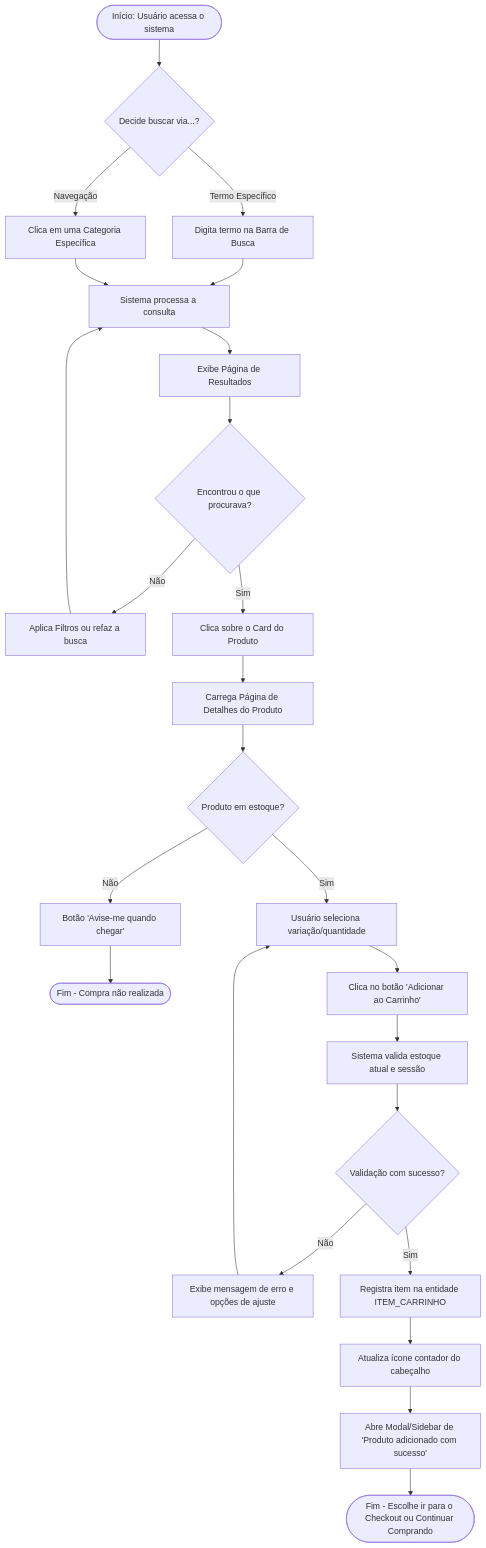
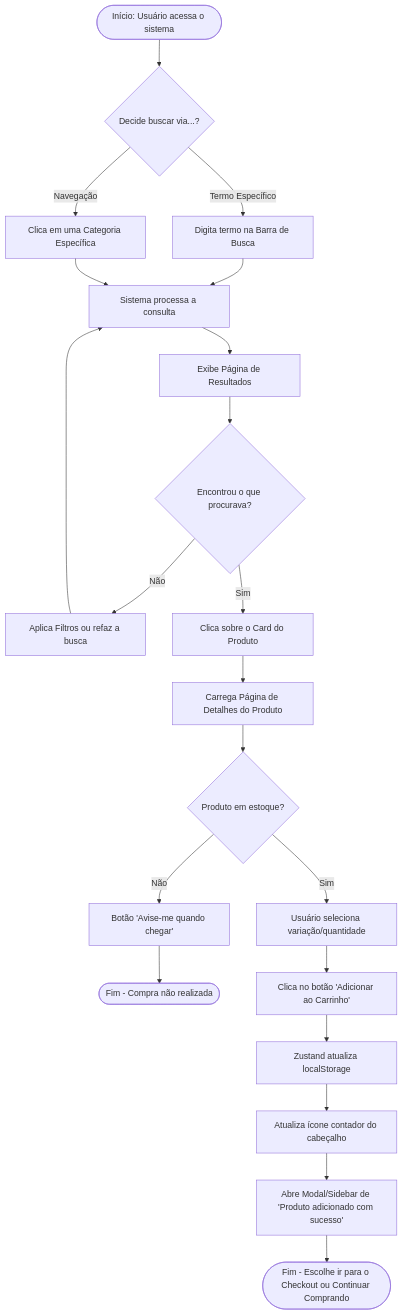
Before and after one commit to cbfn/mercadex: the second of 4 diagrams in docs/DIAGRAMAS.md, drawn with Mermaid. The commit also changed other lines of this file and 13 other files, not shown here.

Commit message:
docs: atualiza todas as trilhas e docs para MVP Lean pivot

````diff
--- a/docs/DIAGRAMAS.md
+++ b/docs/DIAGRAMAS.md
@@ -81,39 +82,33 @@
 ```mermaid
 flowchart TD
     A([Início: Usuário acessa o sistema]) --> B{Decide buscar via...?}
     
     B -- Termo Específico --> C[Digita termo na Barra de Busca]
     B -- Navegação --> D[Clica em uma Categoria Específica]
     
     C --> E[Sistema processa a consulta]
     D --> E
     
     E --> F[Exibe Página de Resultados]
     
     F --> G{Encontrou o que procurava?}
     G -- Não --> H[Aplica Filtros ou refaz a busca]
     H --> E
     
     G -- Sim --> I[Clica sobre o Card do Produto]
     
     I --> J[Carrega Página de Detalhes do Produto]
     
     J --> K{Produto em estoque?}
     K -- Não --> L[Botão 'Avise-me quando chegar']
     L --> Z([Fim - Compra não realizada])
     
     K -- Sim --> M[Usuário seleciona variação/quantidade]
     M --> N[Clica no botão 'Adicionar ao Carrinho']
     
-    N --> O[Sistema valida estoque atual e sessão]
-    O --> P{Validação com sucesso?}
+    N --> O[Zustand atualiza localStorage]
+    O --> P[Atualiza ícone contador do cabeçalho]
+    P --> Q[Abre Modal/Sidebar de 'Produto adicionado com sucesso']
     
-    P -- Não --> Q[Exibe mensagem de erro e opções de ajuste]
-    Q --> M
-    
-    P -- Sim --> R[Registra item na entidade ITEM_CARRINHO]
-    R --> S[Atualiza ícone contador do cabeçalho]
-    S --> T[Abre Modal/Sidebar de 'Produto adicionado com sucesso']
-    
-    T --> U([Fim - Escolhe ir para o Checkout ou Continuar Comprando])
+    Q --> R([Fim - Escolhe ir para o Checkout ou Continuar Comprando])
 ```
````
